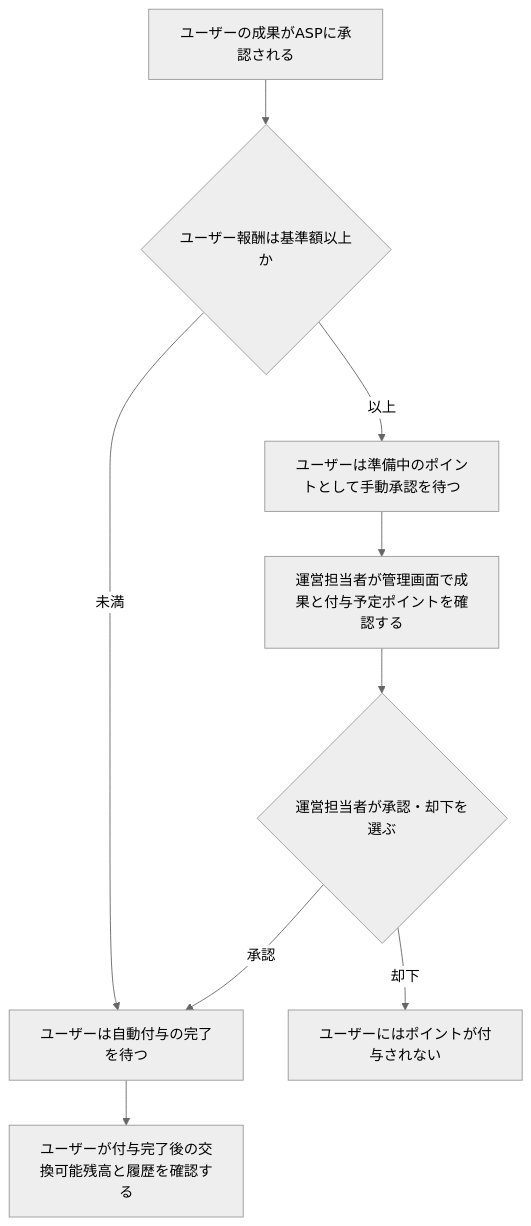
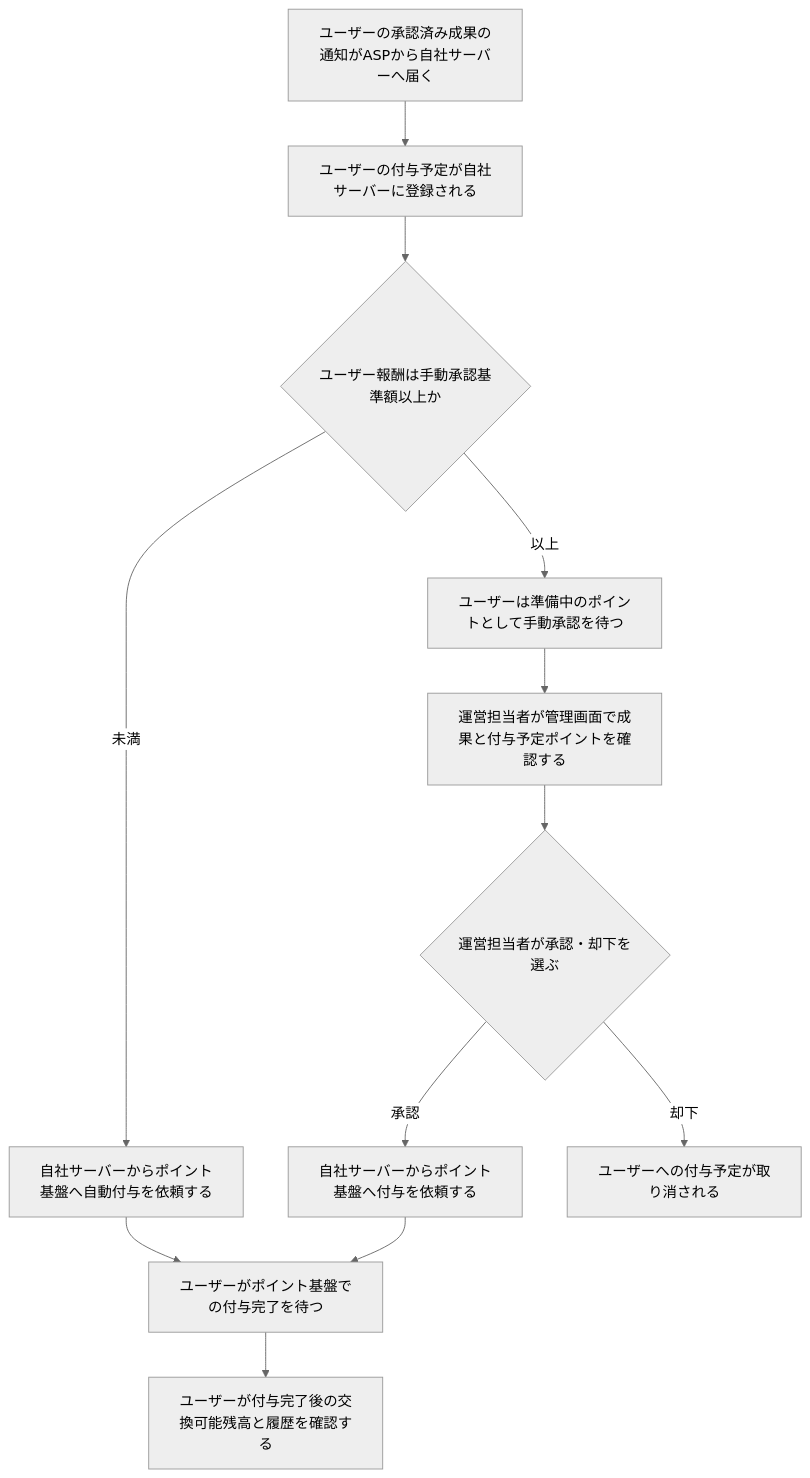
Before and after one commit to Min-Thu-Khant/pochipo-mock-en: the second of 2 diagrams in docs/prd/features/F12-points.md, drawn with Mermaid (neutral theme). The commit also changed other lines of this file, not shown here.

````diff
--- a/docs/prd/features/F12-points.md
+++ b/docs/prd/features/F12-points.md
@@ -80,11 +82,14 @@
 ```mermaid
 flowchart TD
-  A["ユーザーの成果がASPに承認される"] --> B{"ユーザー報酬は基準額以上か"}
-  B -->|未満| C["ユーザーは自動付与の完了を待つ"]
-  B -->|以上| D["ユーザーは準備中のポイントとして手動承認を待つ"]
-  D --> E["運営担当者が管理画面で成果と付与予定ポイントを確認する"]
-  E --> F{"運営担当者が承認・却下を選ぶ"}
-  F -->|承認| C
-  F -->|却下| G["ユーザーにはポイントが付与されない"]
-  C --> H["ユーザーが付与完了後の交換可能残高と履歴を確認する"]
+  A["ユーザーの承認済み成果の通知がASPから自社サーバーへ届く"] --> B["ユーザーの付与予定が自社サーバーに登録される"]
+  B --> C{"ユーザー報酬は手動承認基準額以上か"}
+  C -->|未満| D["自社サーバーからポイント基盤へ自動付与を依頼する"]
+  C -->|以上| E["ユーザーは準備中のポイントとして手動承認を待つ"]
+  E --> F["運営担当者が管理画面で成果と付与予定ポイントを確認する"]
+  F --> G{"運営担当者が承認・却下を選ぶ"}
+  G -->|承認| H["自社サーバーからポイント基盤へ付与を依頼する"]
+  G -->|却下| I["ユーザーへの付与予定が取り消される"]
+  D --> J["ユーザーがポイント基盤での付与完了を待つ"]
+  H --> J
+  J --> K["ユーザーが付与完了後の交換可能残高と履歴を確認する"]
 ```
````
